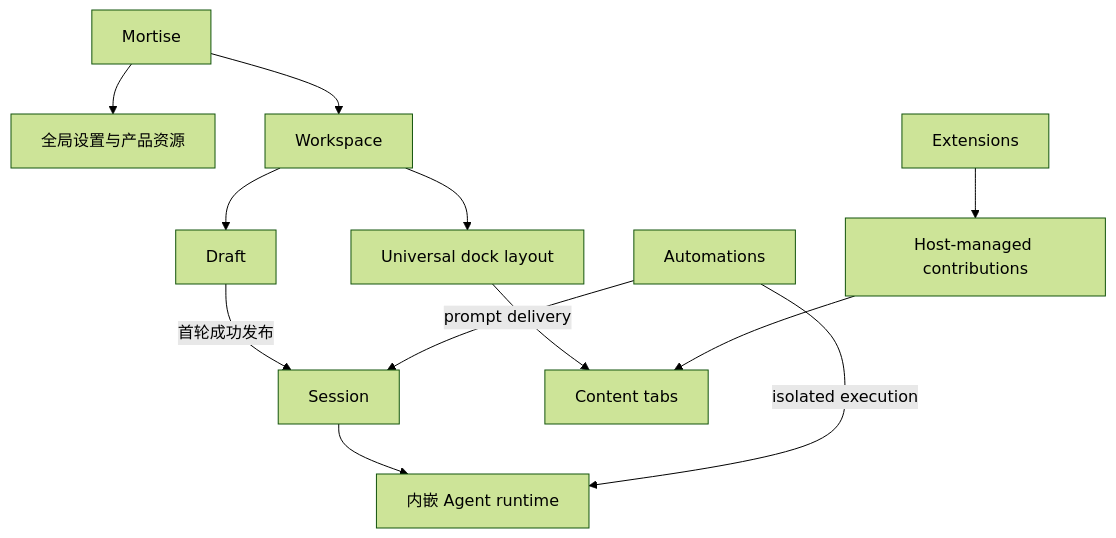
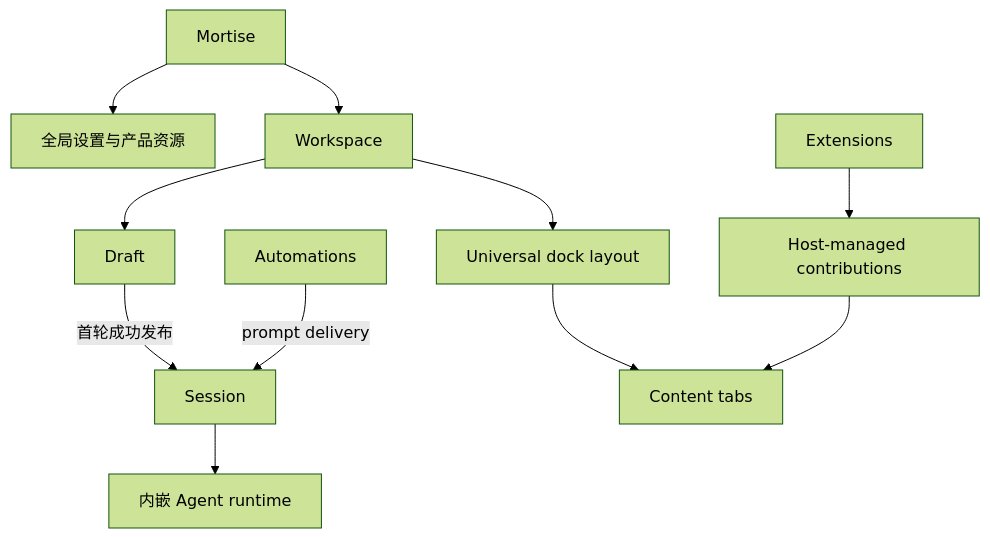
One commit to hrhgit/my-craft-agents-oss changed the first of 2 diagrams in docs/product-semantics.md. Above: the diagram before and after it, drawn with Mermaid (forest theme). The commit also changed other lines of this file and 18 other files, not shown here.

````diff
--- a/docs/product-semantics.md
+++ b/docs/product-semantics.md
@@ -35,26 +35,25 @@
 ```mermaid
 flowchart TD
     Mortise["Mortise"]
     Global["全局设置与产品资源"]
     Workspace["Workspace"]
     Draft["Draft"]
     Session["Session"]
     Layout["Universal dock layout"]
     Content["Content tabs"]
     Runtime["内嵌 Agent runtime"]
     Extension["Extensions"]
     Contribution["Host-managed contributions"]
     Automation["Automations"]
 
     Mortise --> Global
     Mortise --> Workspace
     Workspace --> Draft
     Draft -->|"首轮成功发布"| Session
     Workspace --> Layout
     Layout --> Content
     Session --> Runtime
     Extension --> Contribution
     Contribution --> Content
     Automation -->|"prompt delivery"| Session
-    Automation -->|"isolated execution"| Runtime
 ```
````
